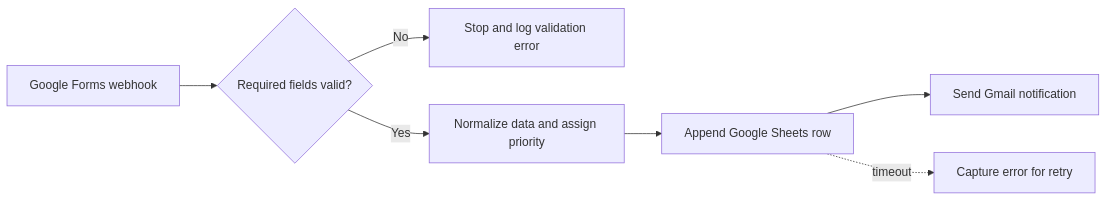
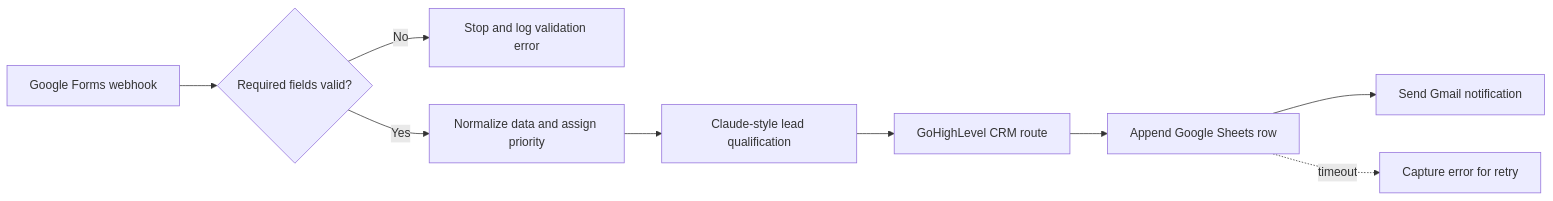
One commit to prerna1112/formflow-relay-n8n-demo changed the diagram in README.md. Above: the diagram before and after it, drawn with Mermaid. The commit also changed other lines of this file and 7 other files, not shown here.

Commit message:
Add Claude lead scoring and CRM routing proof

````diff
--- a/README.md
+++ b/README.md
@@ -24,9 +25,11 @@
 ```mermaid
 flowchart LR
   A[Google Forms webhook] --> B{Required fields valid?}
   B -- No --> E[Stop and log validation error]
   B -- Yes --> C[Normalize data and assign priority]
-  C --> D[Append Google Sheets row]
+  C --> H[Claude-style lead qualification]
+  H --> I[GoHighLevel CRM route]
+  I --> D[Append Google Sheets row]
   D --> F[Send Gmail notification]
   D -. timeout .-> G[Capture error for retry]
 ```
````
